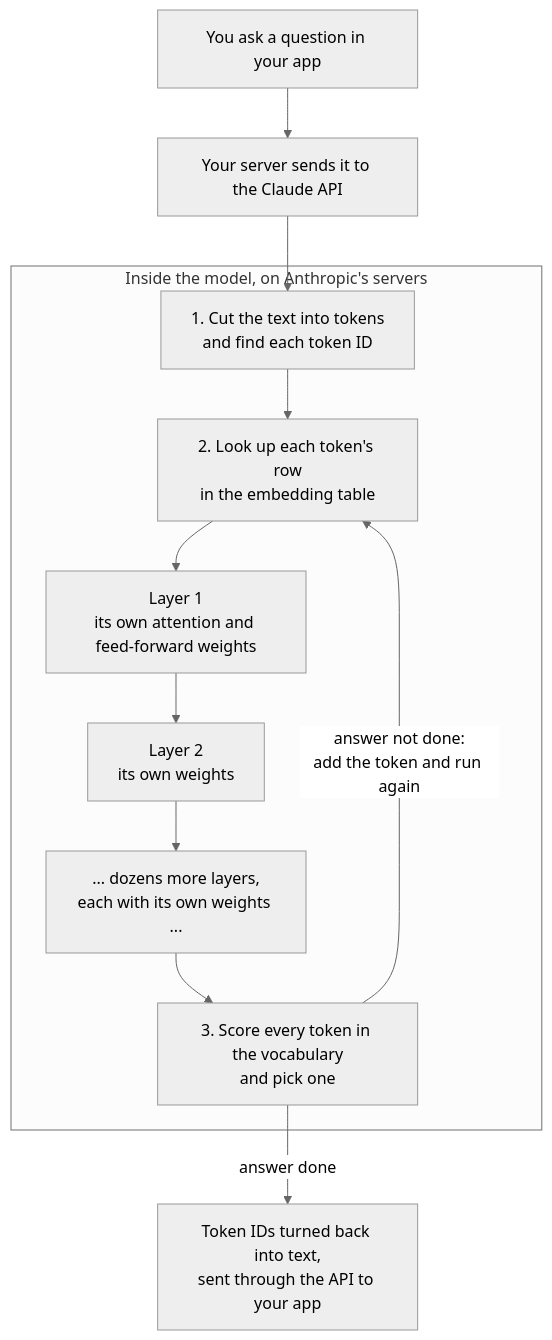
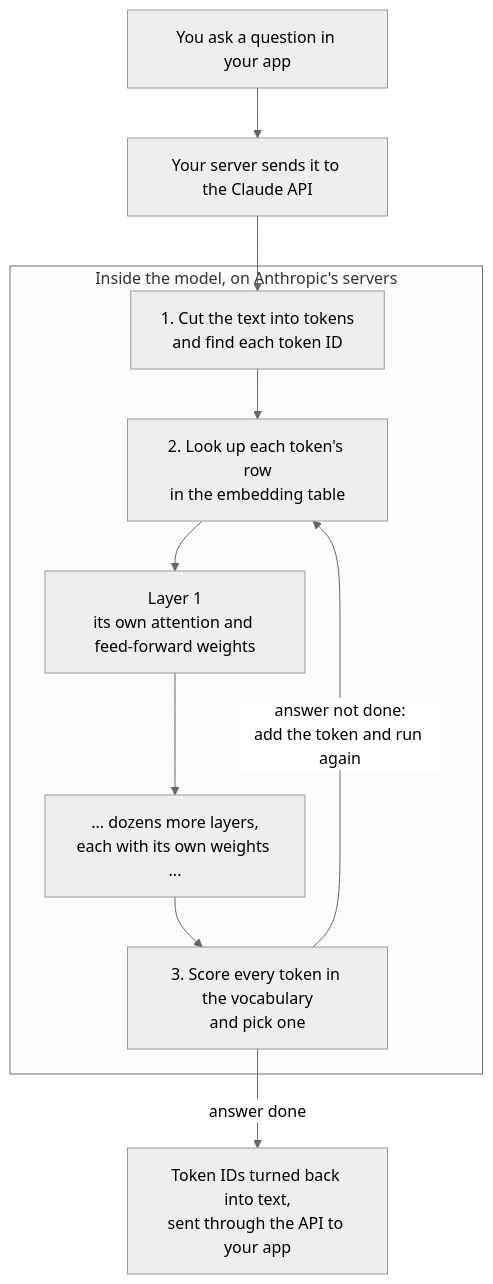
One commit to nirajp82/ClaudeArchitectStudyGuide changed the first of 2 diagrams in 02_BuildingWithTheClaudeAPI/01-deep-dive-inside-the-model.md. Above: the diagram before and after it, drawn with Mermaid (neutral theme). The commit also changed other lines of this file, not shown here.

````diff
--- a/02_BuildingWithTheClaudeAPI/01-deep-dive-inside-the-model.md
+++ b/02_BuildingWithTheClaudeAPI/01-deep-dive-inside-the-model.md
@@ -198,14 +125,13 @@
 ```mermaid
 flowchart TD
     Q[You ask a question in your app] --> API[Your server sends it to the Claude API]
     subgraph Model["Inside the model, on Anthropic's servers"]
         T[1. Cut the text into tokens<br/>and find each token ID] --> E[2. Look up each token's row<br/>in the embedding table]
         E --> L1[Layer 1<br/>its own attention and feed-forward weights]
-        L1 --> L2[Layer 2<br/>its own weights]
-        L2 --> LN[... dozens more layers,<br/>each with its own weights ...]
+        L1 --> LN[... dozens more layers,<br/>each with its own weights ...]
         LN --> S[3. Score every token in the vocabulary<br/>and pick one]
         S -->|answer not done:<br/>add the token and run again| E
     end
     API --> T
     S -->|answer done| A[Token IDs turned back into text,<br/>sent through the API to your app]
 ```
````
